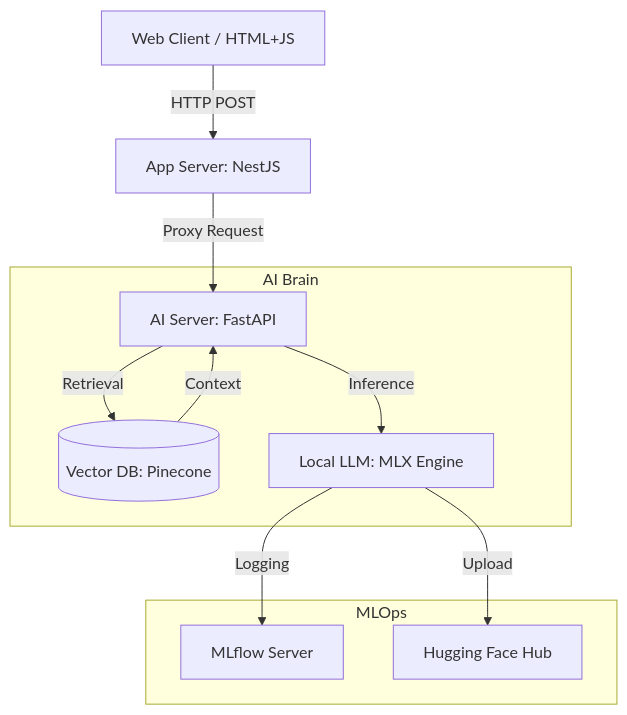
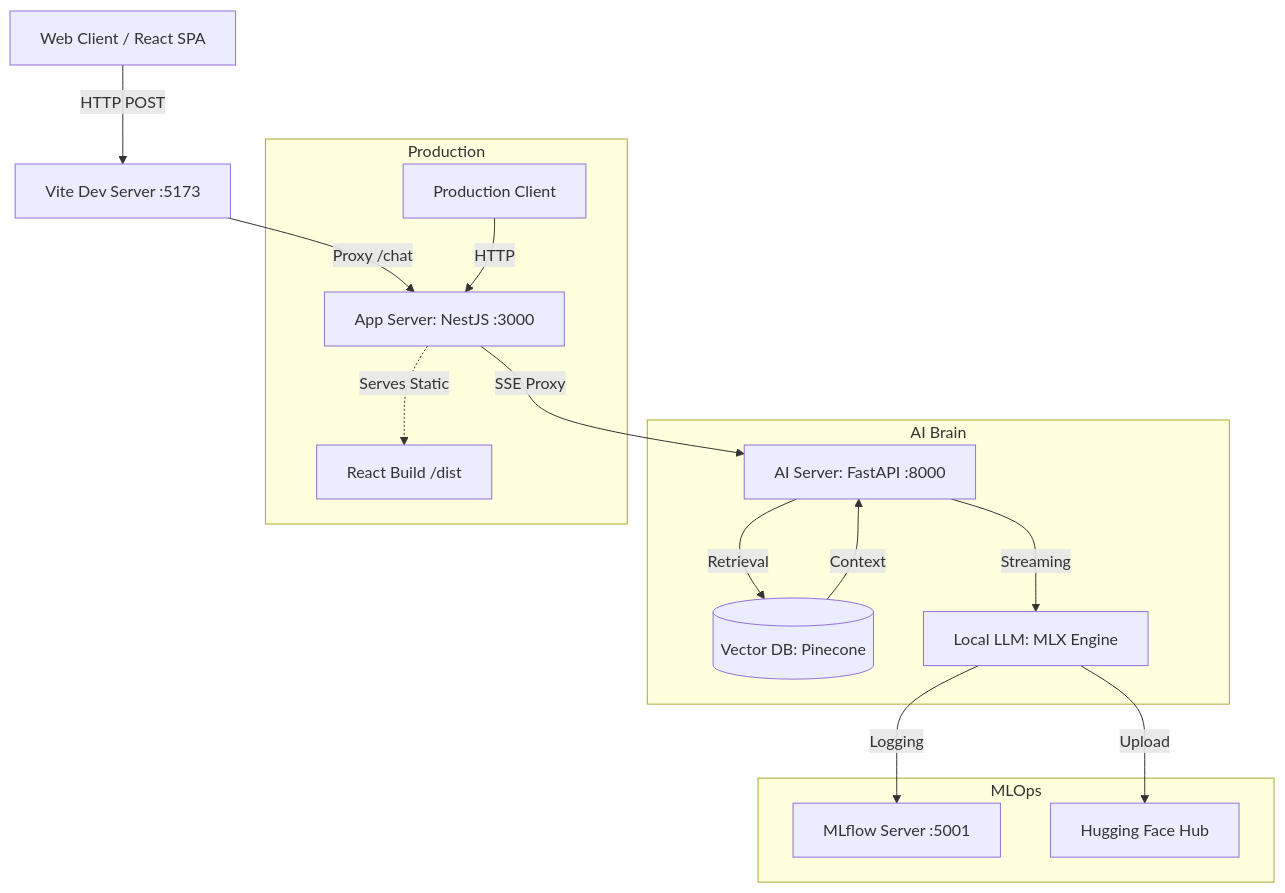
The diagram in README.md (suites/gemma-burger), drawn with Mermaid before and after one commit. The commit also changed other lines of this file and 7 other files, not shown here.

Commit message:
feat: Enhance makefile for improved server management, add frontend and backend development commands, and update README to reflect new architecture and development setup with Vite for the React SPA.

````diff
--- a/README.md
+++ b/README.md
@@ -27,16 +27,22 @@
 ```mermaid
 graph TD
-    Client[Web Client / HTML+JS] -->|HTTP POST| NestJS[App Server: NestJS]
-    NestJS -->|Proxy Request| Python[AI Server: FastAPI]
+    Client[Web Client / React SPA] -->|HTTP POST| Vite[Vite Dev Server :5173]
+    Vite -->|Proxy /chat| NestJS[App Server: NestJS :3000]
+    NestJS -->|SSE Proxy| Python[AI Server: FastAPI :8000]
 
     subgraph AI Brain
         Python -->|Retrieval| Pinecone[(Vector DB: Pinecone)]
         Pinecone -->|Context| Python
-        Python -->|Inference| MLX[Local LLM: MLX Engine]
+        Python -->|Streaming| MLX[Local LLM: MLX Engine]
     end
 
     subgraph MLOps
-        MLX -->|Logging| MLflow[MLflow Server]
+        MLX -->|Logging| MLflow[MLflow Server :5001]
         MLX -->|Upload| HF[Hugging Face Hub]
     end
+    
+    subgraph Production
+        ProdClient[Production Client] -->|HTTP| NestJS
+        NestJS -.->|Serves Static| ReactBuild[React Build /dist]
+    end
 ```
````
